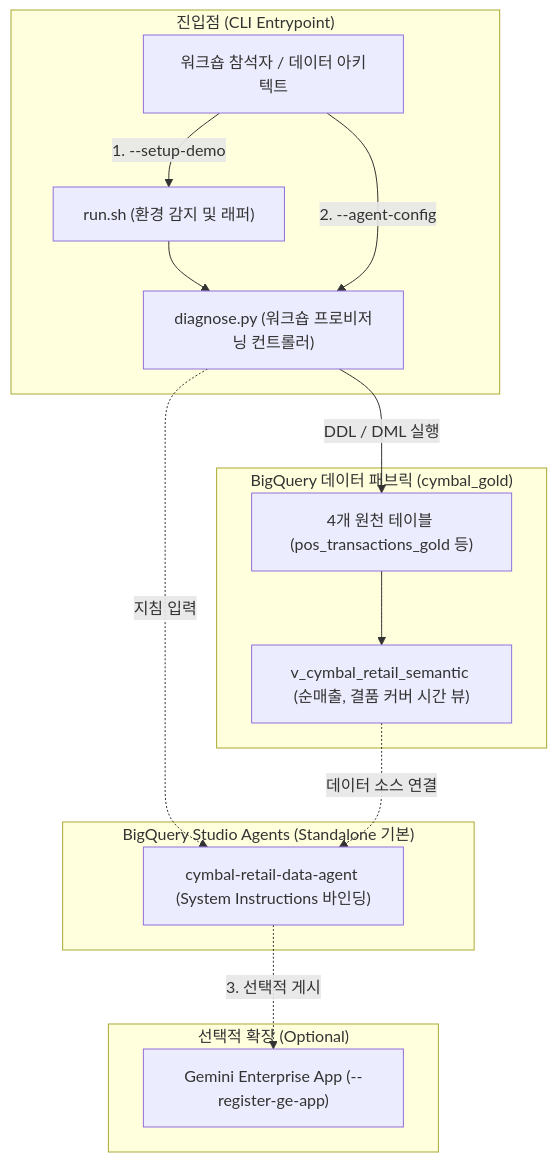
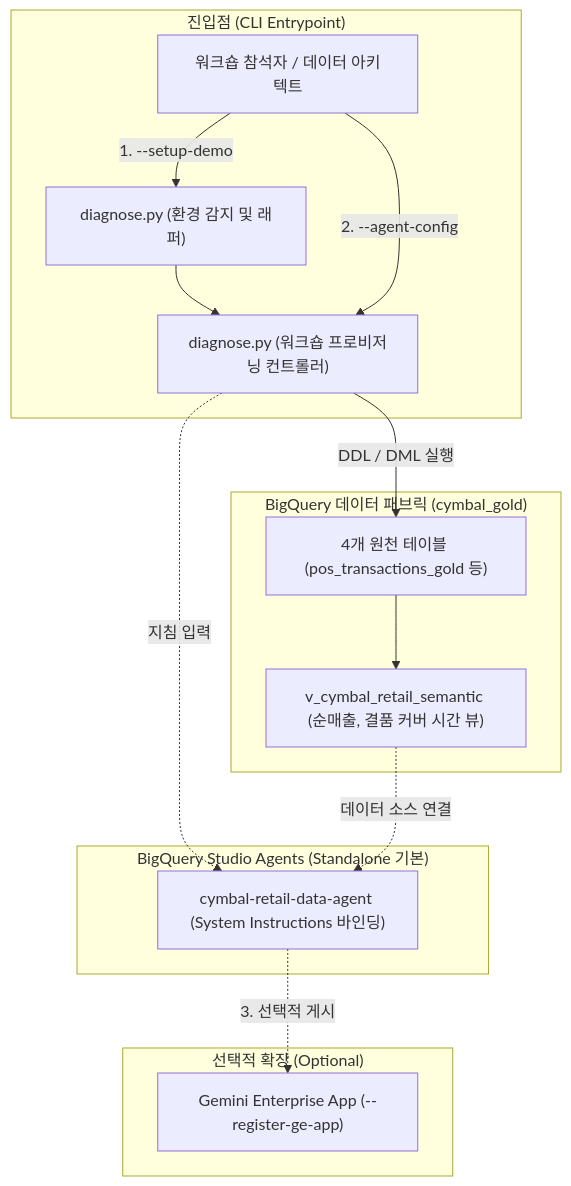
The diagram in samples/bigquery-data-agent-starter/docs/TDD.md (jiangjun-forge/google-cloud-0-to-1), drawn with Mermaid before and after one commit. The commit also changed other lines of this file and 180 other files, not shown here.

````diff
--- a/samples/bigquery-data-agent-starter/docs/TDD.md
+++ b/samples/bigquery-data-agent-starter/docs/TDD.md
@@ -33,30 +33,30 @@
 ```mermaid
 flowchart TD
     subgraph CLI_Entry["진입점 (CLI Entrypoint)"]
         User["워크숍 참석자 / 데이터 아키텍트"]
-        RunSh["run.sh (환경 감지 및 래퍼)"]
+        RunSh["diagnose.py (환경 감지 및 래퍼)"]
         DiagnosePy["diagnose.py (워크숍 프로비저닝 컨트롤러)"]
     end
 
     subgraph BigQuery_CymbalGold["BigQuery 데이터 패브릭 (cymbal_gold)"]
         RawTables["4개 원천 테이블 (pos_transactions_gold 등)"]
         SemanticView["v_cymbal_retail_semantic (순매출, 결품 커버 시간 뷰)"]
     end
 
     subgraph Agent_Catalog["BigQuery Studio Agents (Standalone 기본)"]
         BQAgent["cymbal-retail-data-agent (System Instructions 바인딩)"]
     end
 
     subgraph Optional_Extensions["선택적 확장 (Optional)"]
         GEApp["Gemini Enterprise App (--register-ge-app)"]
     end
 
     User -->|1. --setup-demo| RunSh
     RunSh --> DiagnosePy
     DiagnosePy -->|DDL / DML 실행| RawTables
     RawTables --> SemanticView
     User -->|2. --agent-config| DiagnosePy
     DiagnosePy -.->|지침 입력| BQAgent
     SemanticView -.->|데이터 소스 연결| BQAgent
     BQAgent -.->|3. 선택적 게시| GEApp
 ```
````
